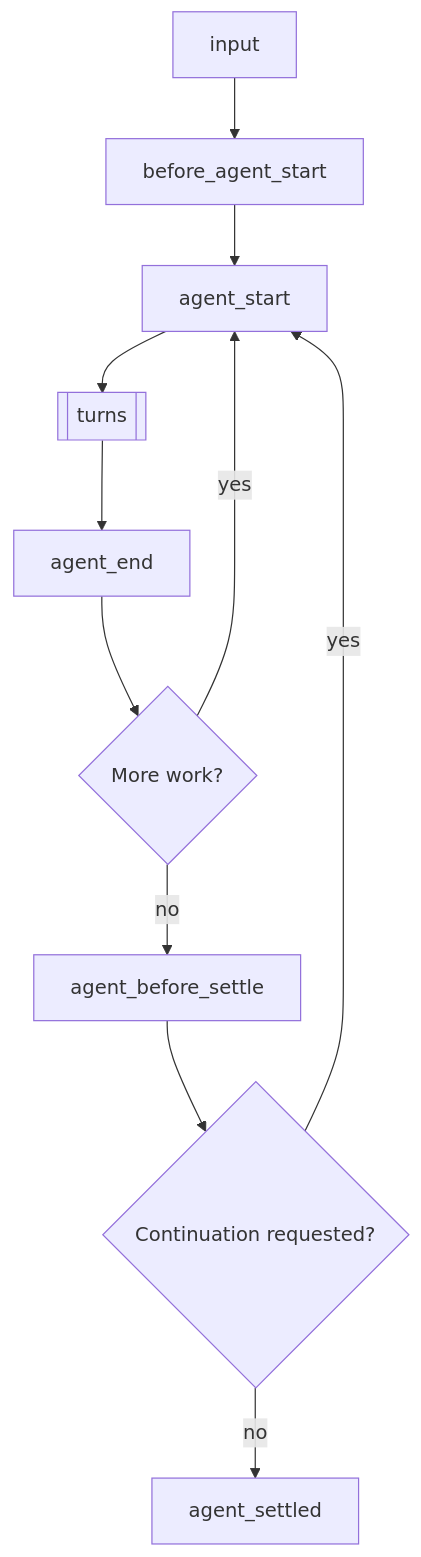
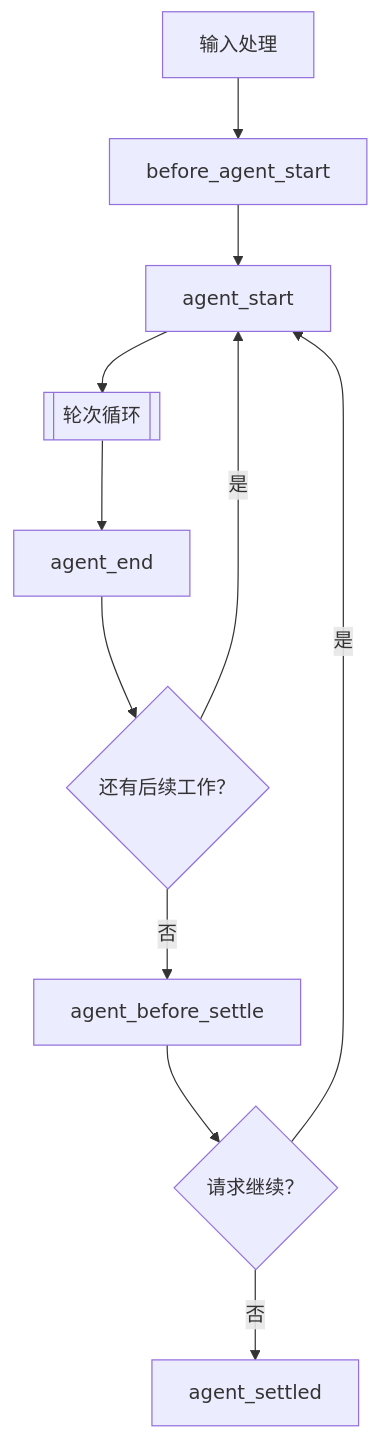
The first of 3 diagrams in packages/coding-agent/docs/zh-CN/extensions.md (caecarxu/pi), drawn with Mermaid before and after one commit. The commit also changed other lines of this file and 10 other files, not shown here.

````diff
--- a/packages/coding-agent/docs/zh-CN/extensions.md
+++ b/packages/coding-agent/docs/zh-CN/extensions.md
@@ -322,13 +322,13 @@
 ```mermaid
 flowchart TD
-    Input["input"] --> Before["before_agent_start"]
+    Input["输入处理"] --> Before["before_agent_start"]
     Before --> AgentStart["agent_start"]
-    AgentStart --> Turns[["turns"]]
+    AgentStart --> Turns[["轮次循环"]]
     Turns --> AgentEnd["agent_end"]
-    AgentEnd --> MoreRuns{"More work?"}
-    MoreRuns -->|yes| AgentStart
-    MoreRuns -->|no| BeforeSettle["agent_before_settle"]
-    BeforeSettle --> Continue{"Continuation requested?"}
-    Continue -->|yes| AgentStart
-    Continue -->|no| Settled["agent_settled"]
+    AgentEnd --> MoreRuns{"还有后续工作？"}
+    MoreRuns -->|是| AgentStart
+    MoreRuns -->|否| BeforeSettle["agent_before_settle"]
+    BeforeSettle --> Continue{"请求继续？"}
+    Continue -->|是| AgentStart
+    Continue -->|否| Settled["agent_settled"]
 ```
````
